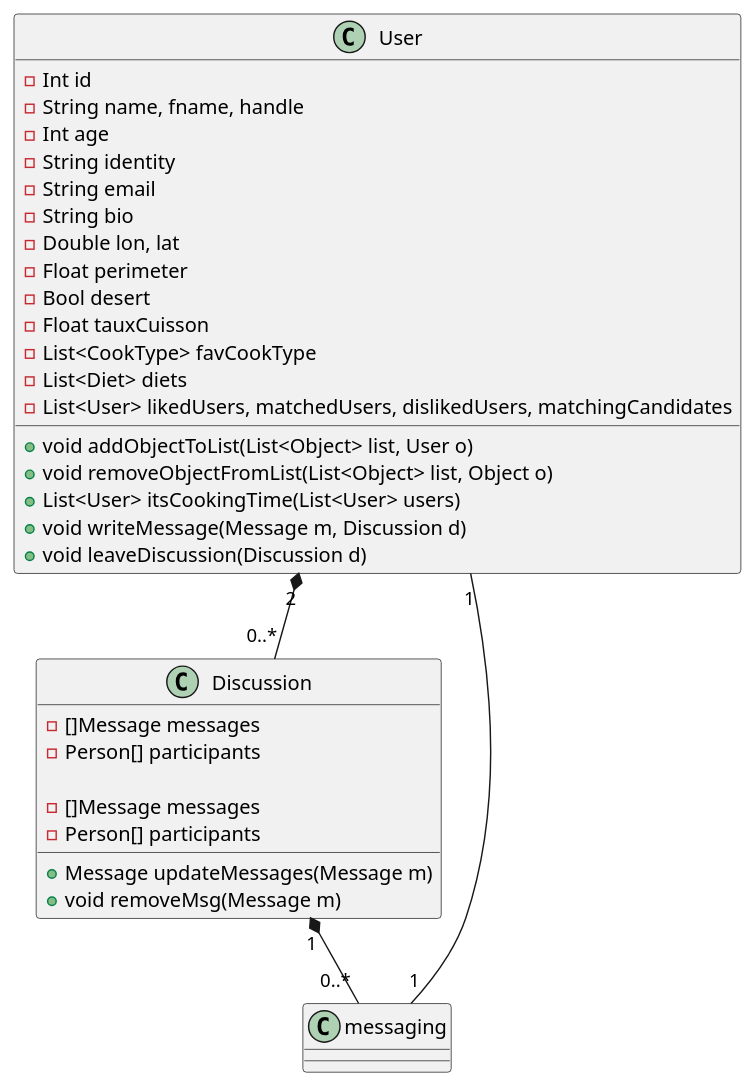
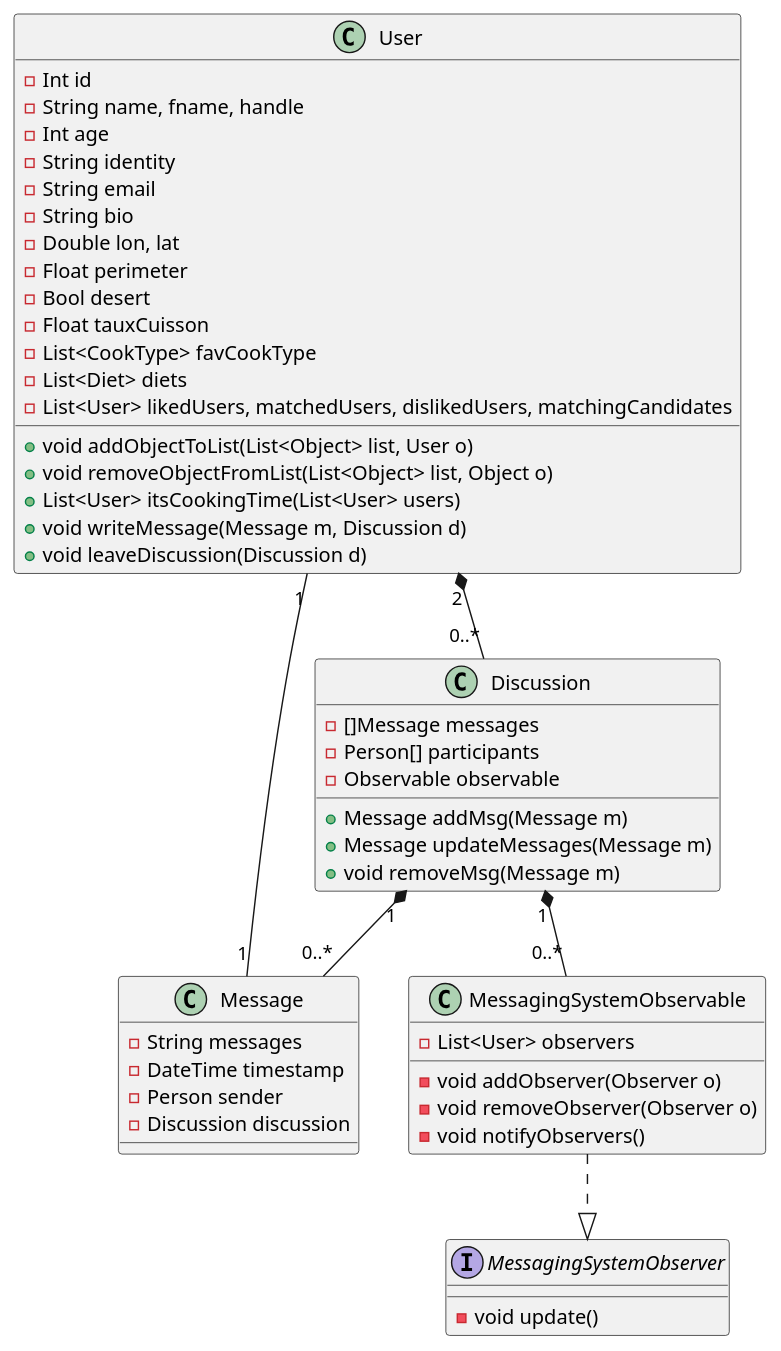
One commit to UPPA-s-University-Projects/M1_SIGLIS-MeetBallsUML changed the diagram in class/messagingSystem.puml. Above: the diagram before and after it, drawn with PlantUML. The commit also changed 3 other files, not shown here.

Commit message:
Update class diagrams

```diff
--- a/class/messagingSystem.puml
+++ b/class/messagingSystem.puml
@@ -1,42 +1,61 @@
 @startuml 
     Class "User" as person{
    
         - Int id
         - String name, fname, handle
         - Int age
         - String identity
         - String email
         - String bio
         - Double lon, lat
         - Float perimeter
         - Bool desert
         - Float tauxCuisson 
         - List<CookType> favCookType
         - List<Diet> diets
         - List<User> likedUsers, matchedUsers, dislikedUsers, matchingCandidates
 
         + void addObjectToList(List<Object> list, User o)
         + void removeObjectFromList(List<Object> list, Object o)
         + List<User> itsCookingTime(List<User> users)
         + void writeMessage(Message m, Discussion d)
         + void leaveDiscussion(Discussion d)
         
     }
 
     Class "Discussion" as discuss{
         - []Message messages
         - Person[] participants
+        - Observable observable
 
+        + Message addMsg(Message m)
         + Message updateMessages(Message m)
         + void removeMsg(Message m)
     }
 
-    Class "Discussion" as discuss{
-        - []Message messages
-        - Person[] participants
+    Class "Message" as messaging{
+        - String messages        
+        - DateTime timestamp
+        - Person sender
+        - Discussion discussion
     }
+
+    Interface "MessagingSystemObserver" as observer{
+        - void update()
+    }
+
+    Class "MessagingSystemObservable" as observable{
+        - List<User> observers
+        - void addObserver(Observer o)
+        - void removeObserver(Observer o)
+        - void notifyObservers()
+    }
+    
 
     discuss "1" *-- "0..*" messaging
     messaging "1" -- "1" person
     person "2" *-- "0..*" discuss
+
+    discuss "1" *-- "0..*" observable
+    observable ..|> observer
 @enduml
```
